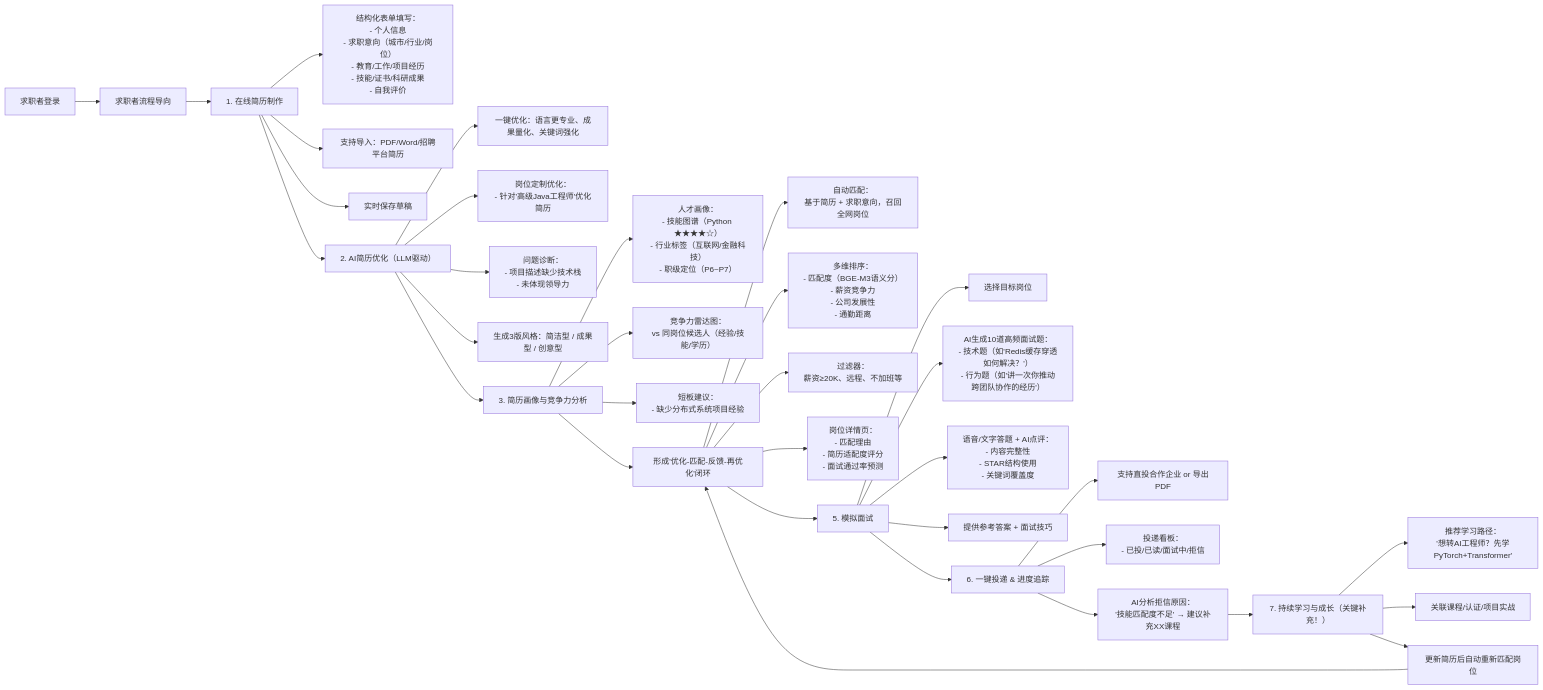
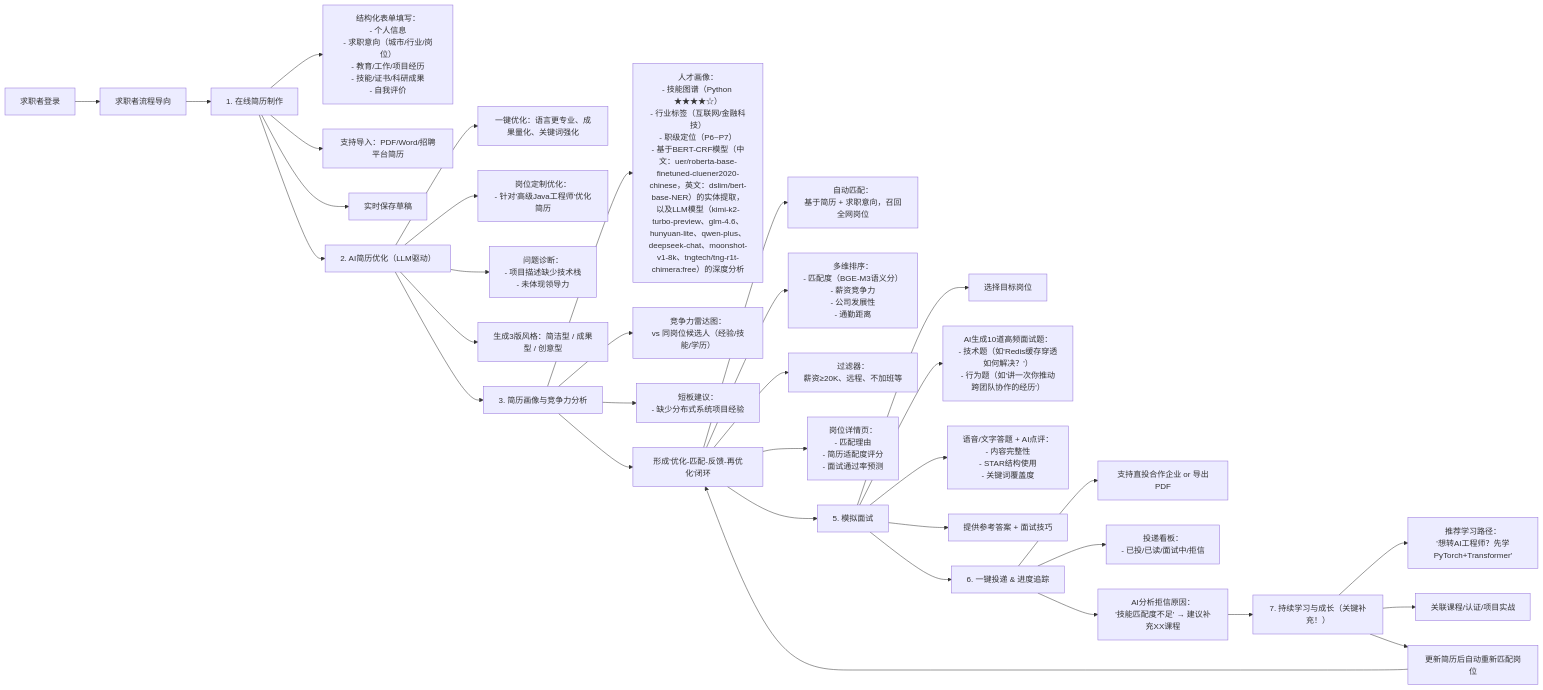
The diagram in docs/求职者流程设计.md (xyrlix/resume_screening_system), drawn with Mermaid before and after one commit. The commit also changed other lines of this file and 15 other files, not shown here.

````diff
--- a/docs/求职者流程设计.md
+++ b/docs/求职者流程设计.md
@@ -5,51 +5,51 @@
 ```mermaid
 graph LR
 %% ============ 主入口 ============
 A[求职者登录] --> B[求职者流程导向]
 
 %% ============ 第一阶段：简历创建与优化 ============
 B --> B1[1. 在线简历制作]
 B1 --> B1a[结构化表单填写：<br/>- 个人信息<br/>- 求职意向（城市/行业/岗位）<br/>- 教育/工作/项目经历<br/>- 技能/证书/科研成果<br/>- 自我评价]
 B1 --> B1b[支持导入：PDF/Word/招聘平台简历]
 B1 --> B1c[实时保存草稿]
 
 B1 --> B2[2. AI简历优化（LLM驱动）]
 B2 --> B2a[一键优化：语言更专业、成果量化、关键词强化]
 B2 --> B2b[岗位定制优化：<br/>- 针对'高级Java工程师'优化简历]
 B2 --> B2c[问题诊断：<br/>- 项目描述缺少技术栈 <br/>- 未体现领导力]
 B2 --> B2d[生成3版风格：简洁型 / 成果型 / 创意型]
 
 %% ============ 第二阶段：人才画像与竞争力分析（关键补充！） ============
 B2 --> C[3. 简历画像与竞争力分析]
-C --> C1[人才画像：<br/>- 技能图谱（Python ★★★★☆）<br/>- 行业标签（互联网/金融科技）<br/>- 职级定位（P6~P7）]
+C --> C1[人才画像：<br/>- 技能图谱（Python ★★★★☆）<br/>- 行业标签（互联网/金融科技）<br/>- 职级定位（P6~P7）<br/>- 基于BERT-CRF模型（中文：uer/roberta-base-finetuned-cluener2020-chinese，英文：dslim/bert-base-NER）的实体提取，以及LLM模型（kimi-k2-turbo-preview、glm-4.6、hunyuan-lite、qwen-plus、deepseek-chat、moonshot-v1-8k、tngtech/tng-r1t-chimera:free）的深度分析]
 C --> C2[竞争力雷达图：<br/>vs 同岗位候选人（经验/技能/学历）]
 C --> C3[短板建议：<br/>- 缺少分布式系统项目经验]
 
 %% ============ 第三阶段：智能岗位匹配 ============
 C --> D[4. 岗位智能筛选]
 D --> D1[自动匹配：<br/>基于简历 + 求职意向，召回全网岗位]
 D --> D2[多维排序：<br/>- 匹配度（BGE-M3语义分）<br/>- 薪资竞争力<br/>- 公司发展性<br/>- 通勤距离]
 D --> D3[过滤器：<br/>薪资≥20K、远程、不加班等]
 D --> D4[岗位详情页：<br/>- 匹配理由<br/>- 简历适配度评分<br/>- 面试通过率预测]
 
 %% ============ 第四阶段：模拟面试与准备（增强版） ============
 D --> E[5. 模拟面试]
 E --> E1[选择目标岗位]
 E --> E2[AI生成10道高频面试题：<br/>- 技术题（如'Redis缓存穿透如何解决？'）<br/>- 行为题（如'讲一次你推动跨团队协作的经历'）]
 E --> E3[语音/文字答题 + AI点评：<br/>- 内容完整性<br/>- STAR结构使用<br/>- 关键词覆盖度]
 E --> E4[提供参考答案 + 面试技巧]
 
 %% ============ 第五阶段：投递与反馈闭环（关键补充！） ============
 E --> F[6. 一键投递 & 进度追踪]
 F --> F1[支持直投合作企业 or 导出PDF]
 F --> F2[投递看板：<br/>- 已投/已读/面试中/拒信]
 F --> F3[AI分析拒信原因：<br/>'技能匹配度不足' → 建议补充XX课程]
 
 F3 --> G[7. 持续学习与成长（关键补充！）]
 G --> G1[推荐学习路径：<br/>'想转AI工程师？先学PyTorch+Transformer']
 G --> G2[关联课程/认证/项目实战]
 G --> G3[更新简历后自动重新匹配岗位]
 
 %% ============ 循环优化 ============
 G3 --> D[形成'优化-匹配-反馈-再优化'闭环]
 ```
````
